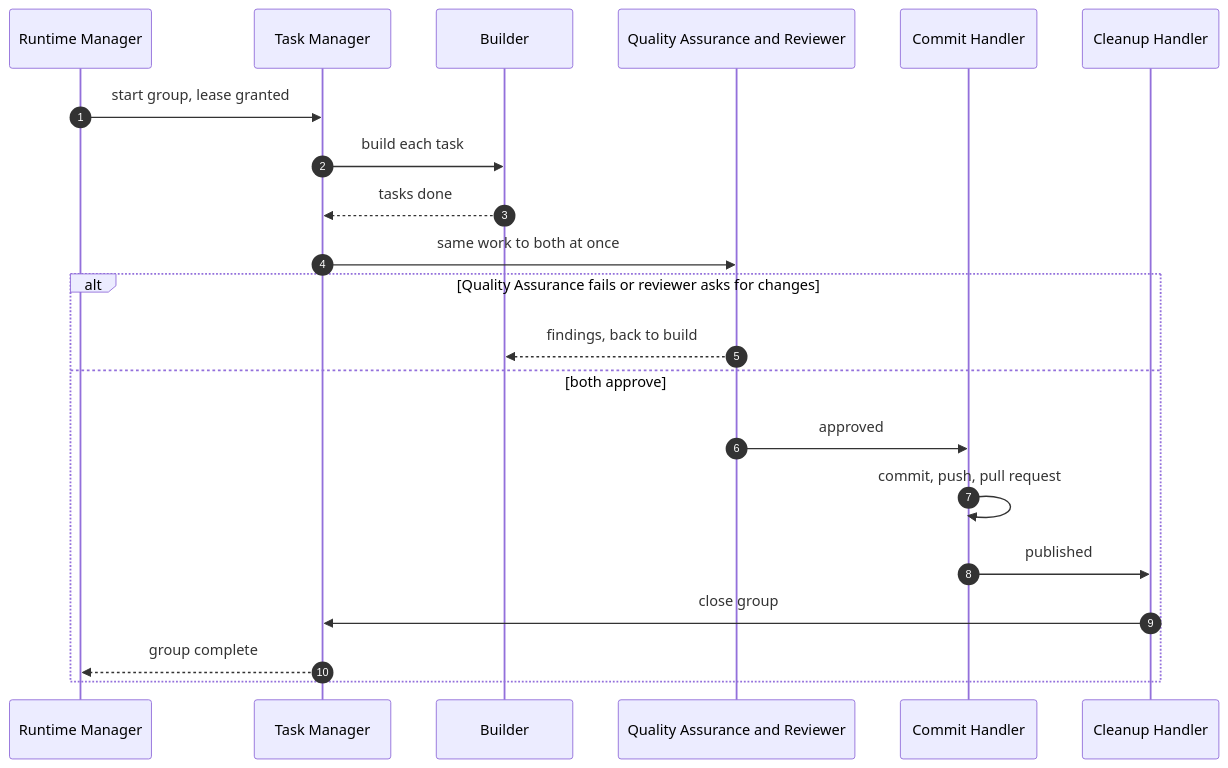
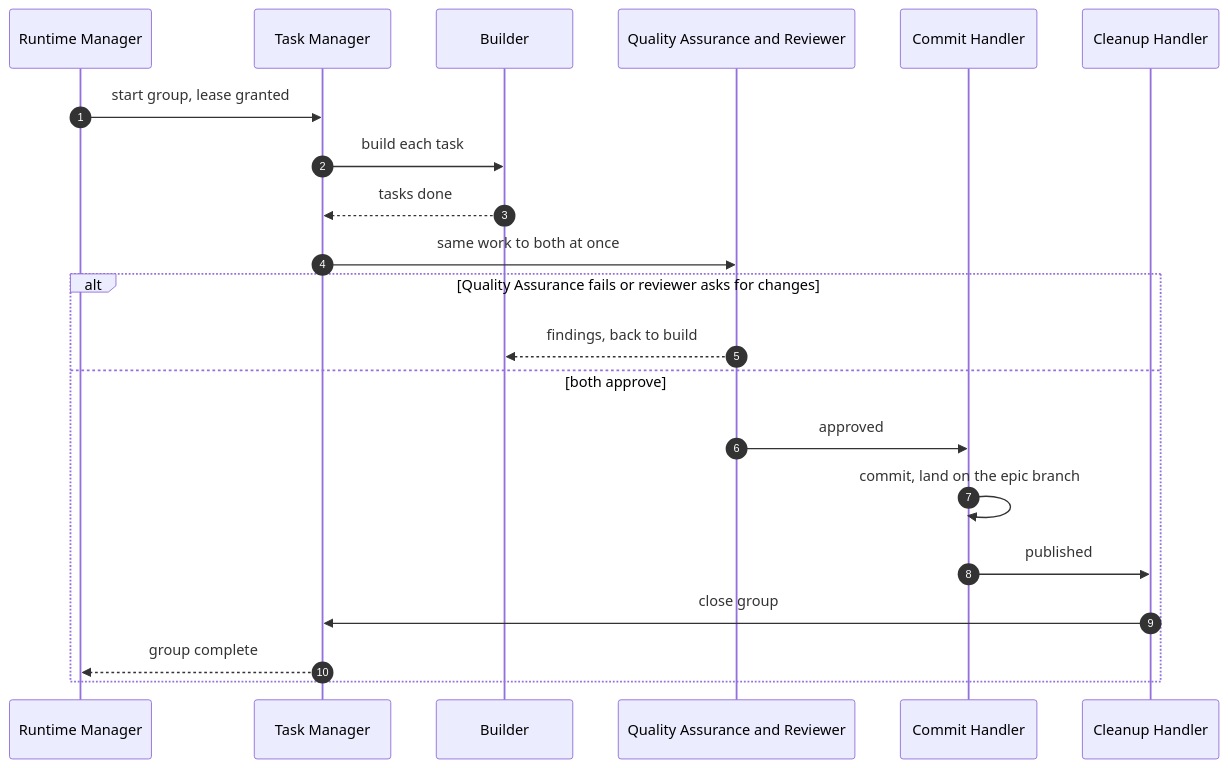
One commit to rdevitto86/komodo-agentic-harness-coding changed the fifth of 5 diagrams in docs/hld.md. Above: the diagram before and after it, drawn with Mermaid. The commit also changed other lines of this file and 1 other file, not shown here.

Commit message:
docs: bring the low-level design in line with the built batch 7 and batch 9 code

````diff
--- a/docs/hld.md
+++ b/docs/hld.md
@@ -258,23 +258,23 @@
 ```mermaid
 sequenceDiagram
   autonumber
   participant R as Runtime Manager
   participant T as Task Manager
   participant B as Builder
   participant Q as Quality Assurance and Reviewer
   participant C as Commit Handler
   participant U as Cleanup Handler
   R->>T: start group, lease granted
   T->>B: build each task
   B-->>T: tasks done
   T->>Q: same work to both at once
   alt Quality Assurance fails or reviewer asks for changes
     Q-->>B: findings, back to build
   else both approve
     Q->>C: approved
-    C->>C: commit, push, pull request
+    C->>C: commit, land on the epic branch
     C->>U: published
     U->>T: close group
     T-->>R: group complete
   end
 ```
````
